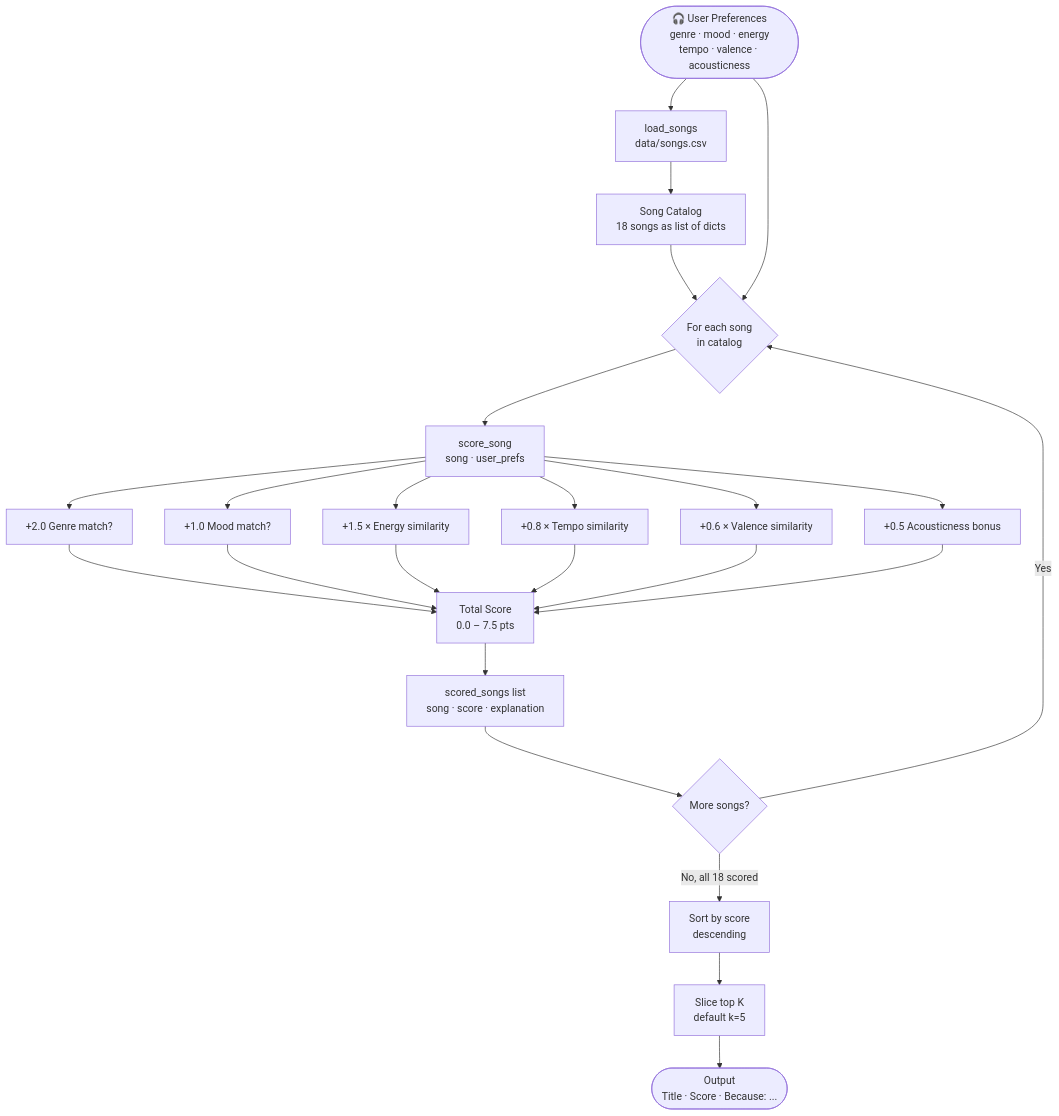
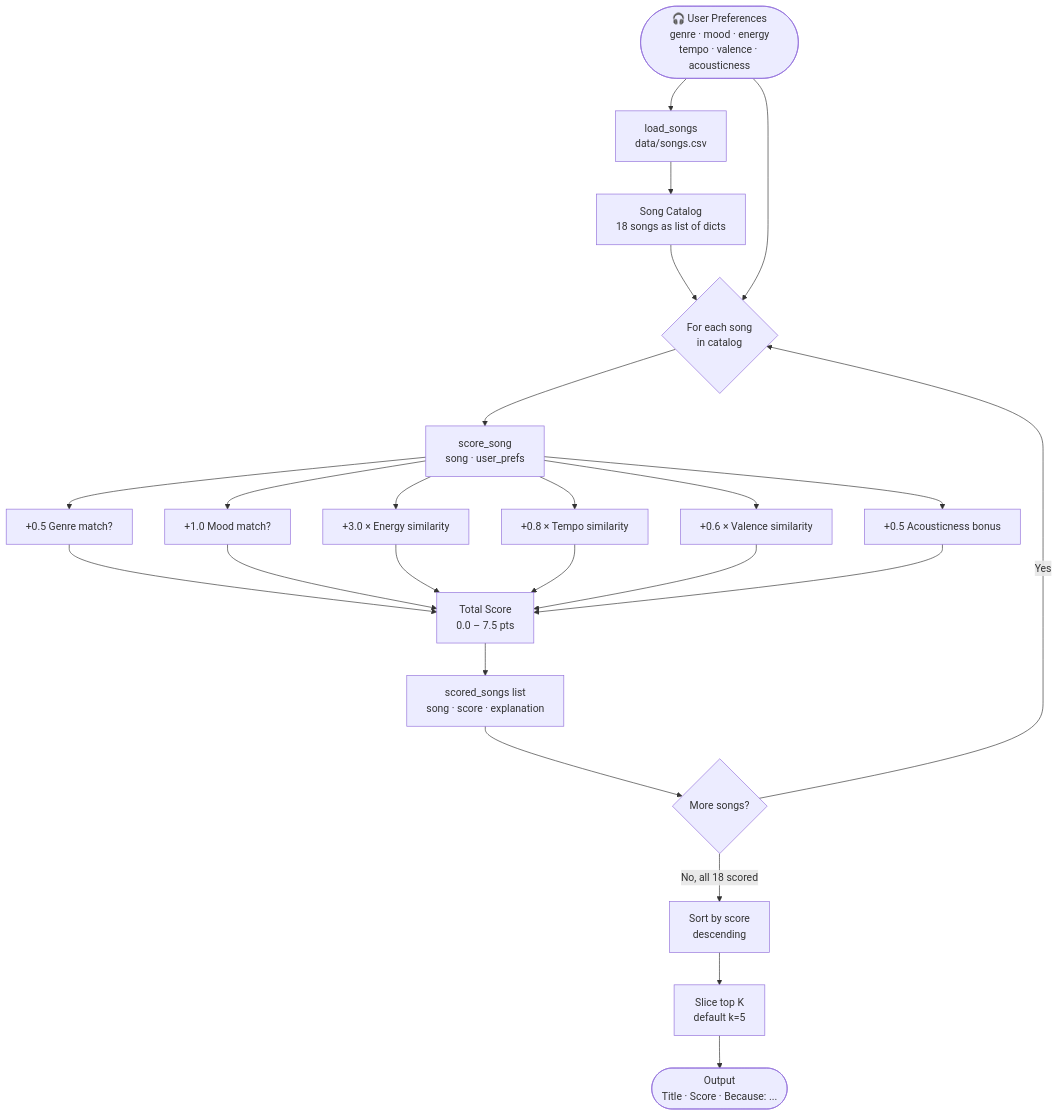
Before and after one commit to AdityaBoghara/applied-ai-system-project: the diagram in README.md, drawn with Mermaid. The commit also changed other lines of this file and 4 other files, not shown here.

Commit message:
Update scoring logic in recommender: adjust genre and energy weights for improved recommendations

````diff
--- a/README.md
+++ b/README.md
@@ -24,30 +24,30 @@
 ```mermaid
 flowchart TD
     A([🎧 User Preferences\ngenre · mood · energy\ntempo · valence · acousticness]) --> B
 
     B[load_songs\ndata/songs.csv] --> C[Song Catalog\n18 songs as list of dicts]
 
     C --> D{For each song\nin catalog}
     A --> D
 
     D --> E[score_song\nsong · user_prefs]
 
-    E --> F1[+2.0 Genre match?]
+    E --> F1[+0.5 Genre match?]
     E --> F2[+1.0 Mood match?]
-    E --> F3[+1.5 × Energy similarity]
+    E --> F3[+3.0 × Energy similarity]
     E --> F4[+0.8 × Tempo similarity]
     E --> F5[+0.6 × Valence similarity]
     E --> F6[+0.5 Acousticness bonus]
 
     F1 & F2 & F3 & F4 & F5 & F6 --> G[Total Score\n0.0 – 7.5 pts]
 
     G --> H[scored_songs list\nsong · score · explanation]
 
     H --> I{More songs?}
     I -- Yes --> D
     I -- No, all 18 scored --> J
 
     J[Sort by score\ndescending]
     J --> K[Slice top K\ndefault k=5]
     K --> L([Output\nTitle · Score · Because: ...])
 ```
````
